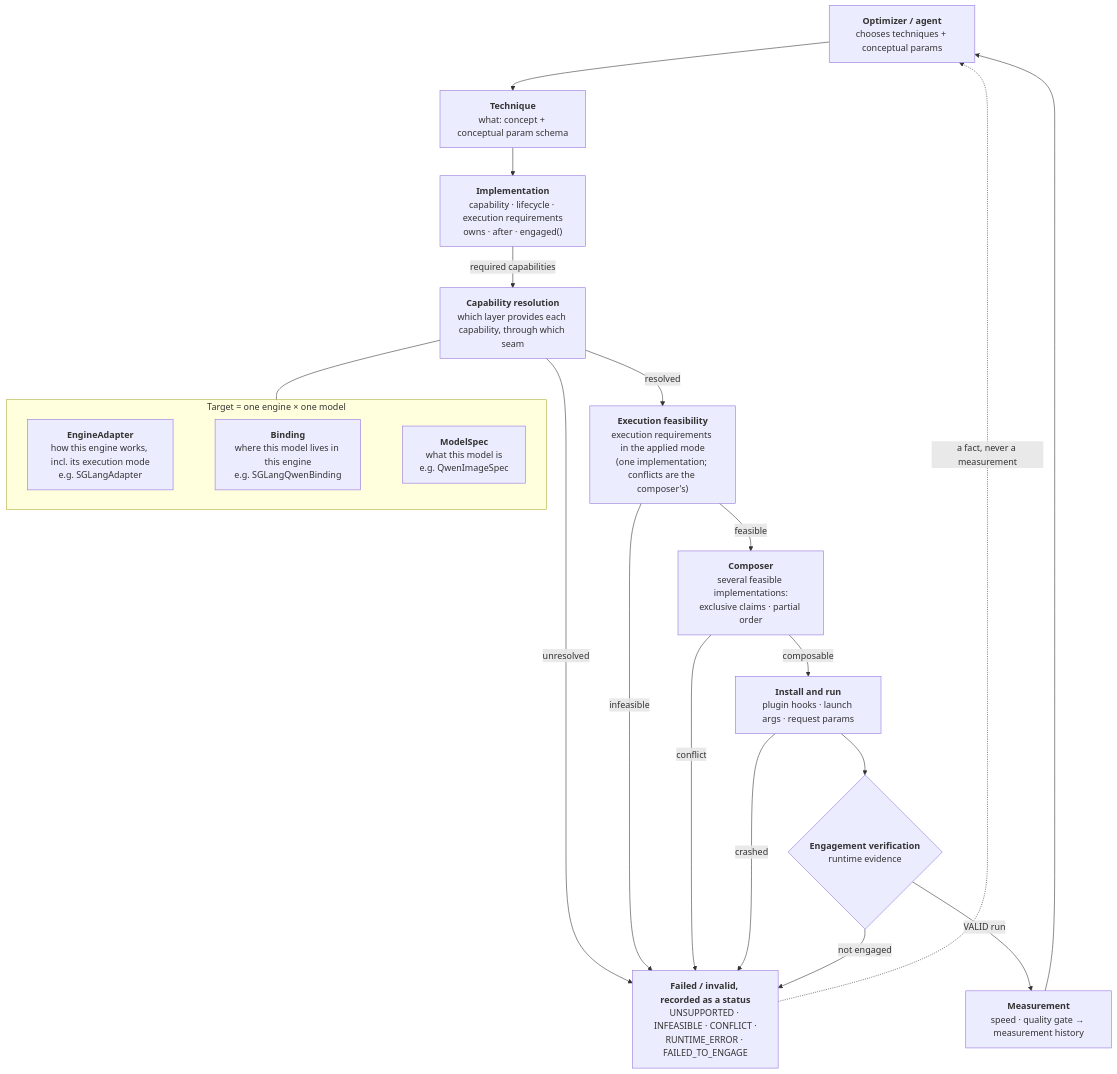
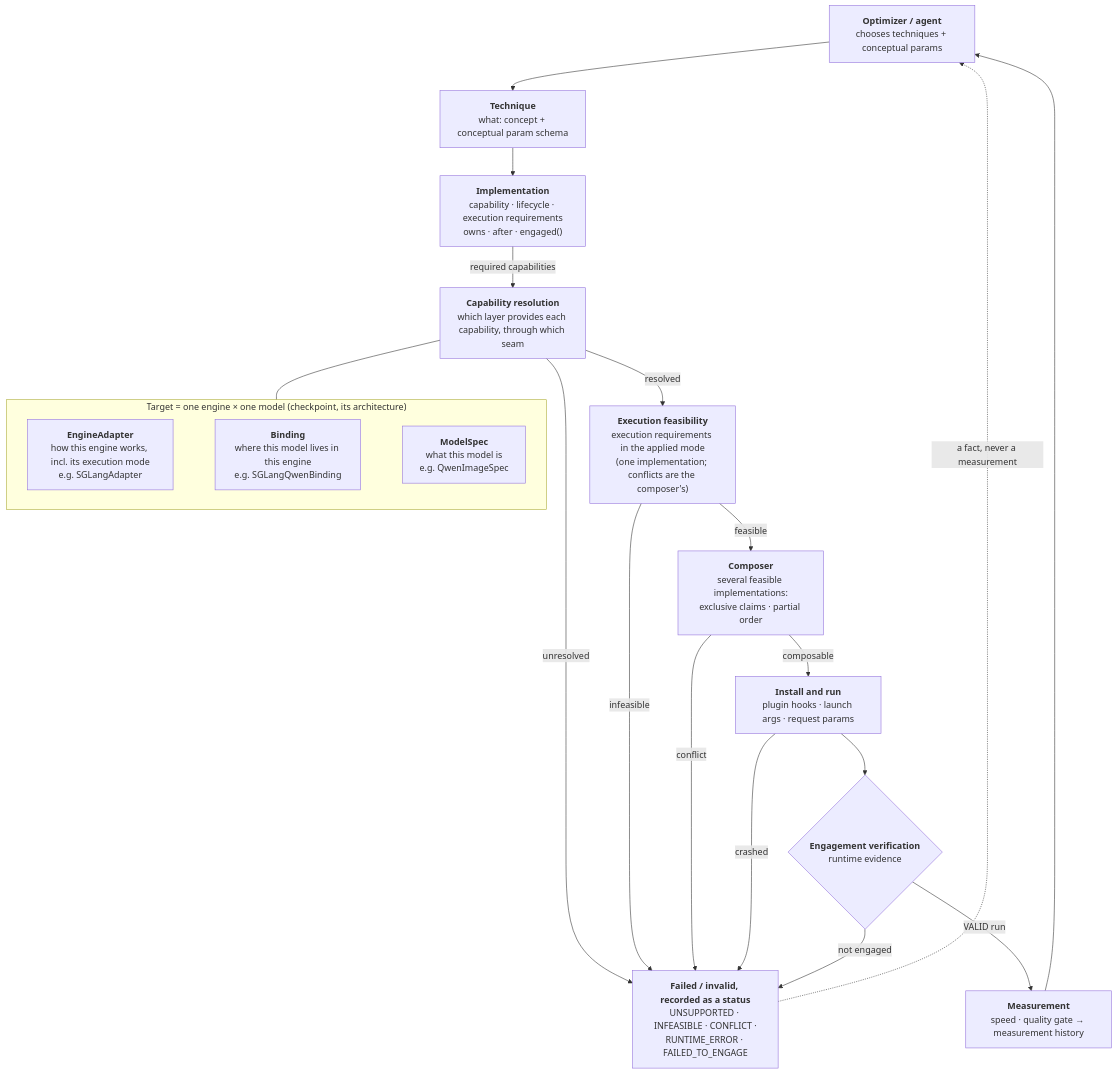
Before and after one commit to fractalyze/optimizer: the diagram in docs/architecture.md, drawn with Mermaid. The commit also changed other lines of this file and 3 other files, not shown here.

First line of the commit message:
docs(adr): record model identity as checkpoint plus architecture in ADR 0021

````diff
--- a/docs/architecture.md
+++ b/docs/architecture.md
@@ -52,31 +52,31 @@
 ```mermaid
 flowchart TB
     OPT["<b>Optimizer / agent</b><br/>chooses techniques + conceptual params"]
     TEC["<b>Technique</b><br/>what: concept + conceptual param schema"]
     IMP["<b>Implementation</b><br/>capability · lifecycle · execution requirements<br/>owns · after · engaged()"]
     RES["<b>Capability resolution</b><br/>which layer provides each capability, through which seam"]
-    subgraph TGT["Target = one engine × one model"]
+    subgraph TGT["Target = one engine × one model (checkpoint, its architecture)"]
         EA["<b>EngineAdapter</b><br/>how this engine works, incl. its execution mode<br/>e.g. SGLangAdapter"]
         BD["<b>Binding</b><br/>where this model lives in this engine<br/>e.g. SGLangQwenBinding"]
         MS["<b>ModelSpec</b><br/>what this model is<br/>e.g. QwenImageSpec"]
         EA ~~~ BD ~~~ MS
     end
     FEAS["<b>Execution feasibility</b><br/>execution requirements in the applied mode<br/>(one implementation; conflicts are the composer's)"]
     COMP["<b>Composer</b><br/>several feasible implementations:<br/>exclusive claims · partial order"]
     RUN["<b>Install and run</b><br/>plugin hooks · launch args · request params"]
     ENG{"<b>Engagement verification</b><br/>runtime evidence"}
     MEAS["<b>Measurement</b><br/>speed · quality gate → measurement history"]
     BAD["<b>Failed / invalid, recorded as a status</b><br/>UNSUPPORTED · INFEASIBLE · CONFLICT ·<br/>RUNTIME_ERROR · FAILED_TO_ENGAGE"]
 
     OPT --> TEC --> IMP -- "required capabilities" --> RES
     RES --- TGT
     RES -- resolved --> FEAS
     FEAS -- feasible --> COMP -- composable --> RUN --> ENG
     ENG -- "VALID run" --> MEAS --> OPT
     RES -- unresolved --> BAD
     FEAS -- infeasible --> BAD
     COMP -- conflict --> BAD
     RUN -- crashed --> BAD
     ENG -- "not engaged" --> BAD
     BAD -. "a fact, never a measurement" .-> OPT
 ```
````
